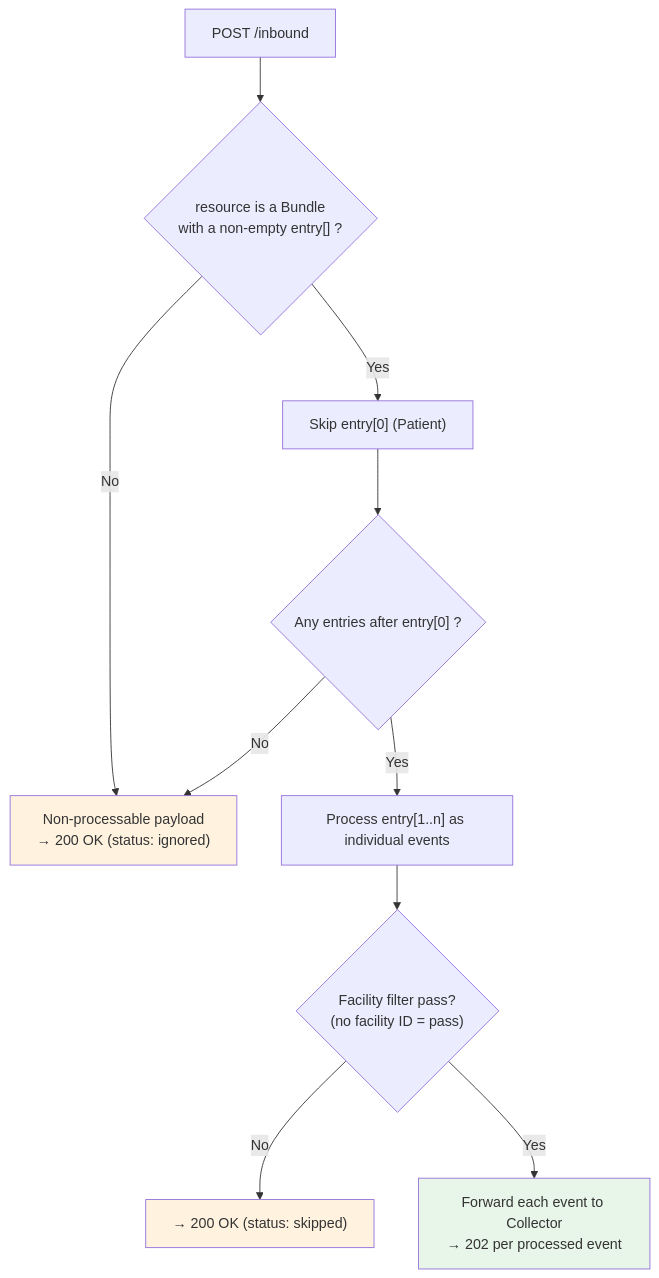
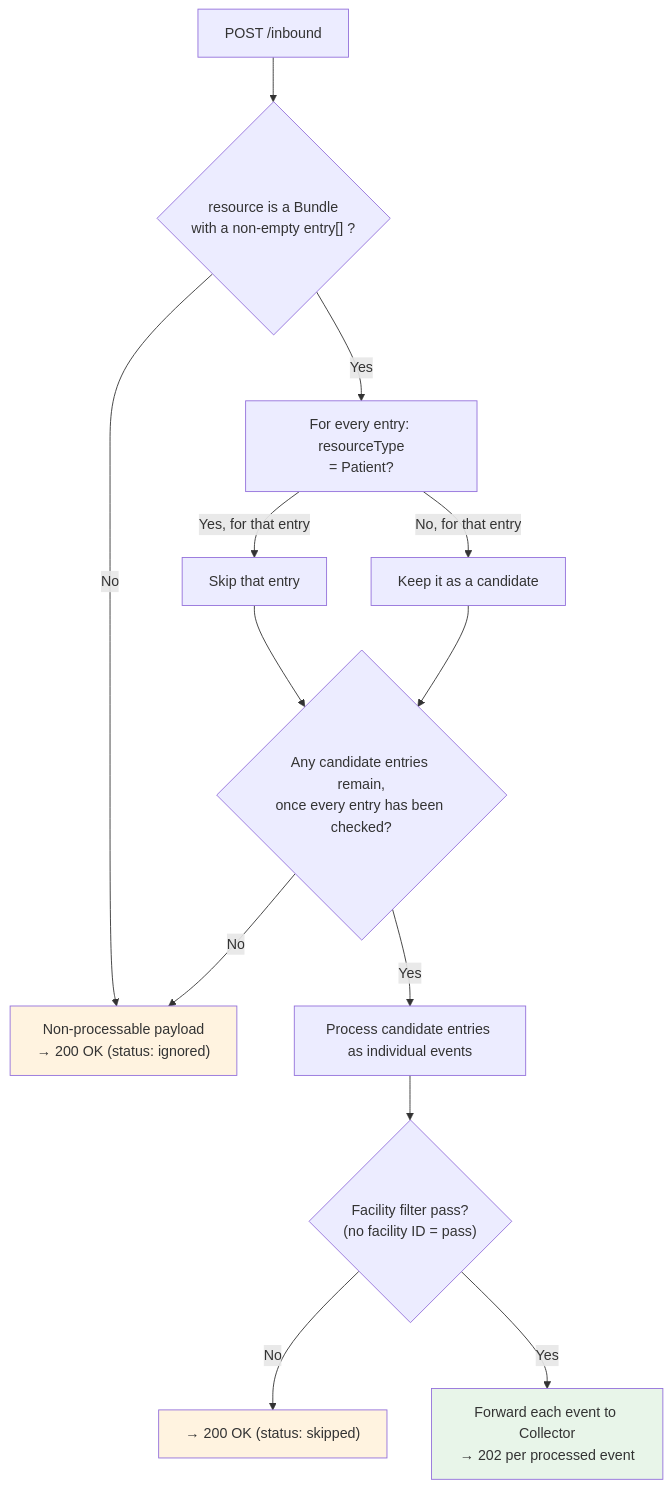
Before and after one commit to ishashankakkasali/tiberbu-cce-emitter-adaptor: the third of 7 diagrams in docs/flow-diagrams.md, drawn with Mermaid. The commit also changed other lines of this file and 11 other files, not shown here.

Commit message:
KE-6: Update FHIR Bundle Parsing & Entry Extraction  to ignore resourceType whose entr

````diff
--- a/docs/flow-diagrams.md
+++ b/docs/flow-diagrams.md
@@ -105,19 +105,22 @@
 ```mermaid
 flowchart TD
     A[POST /inbound] --> B{"resource is a Bundle<br/>with a non-empty entry[] ?"}
 
     B -->|No| J["Non-processable payload<br/>→ 200 OK (status: ignored)"]
-    B -->|Yes| C["Skip entry[0] (Patient)"]
+    B -->|Yes| C["For every entry: resourceType<br/>= Patient?"]
 
-    C --> C2{"Any entries after entry[0] ?"}
+    C -->|Yes, for that entry| C1[Skip that entry]
+    C -->|No, for that entry| C1b[Keep it as a candidate]
+    C1 --> C2{"Any candidate entries remain,<br/>once every entry has been checked?"}
+    C1b --> C2
     C2 -->|No| J
-    C2 -->|Yes| D["Process entry[1..n] as individual events"]
+    C2 -->|Yes| D["Process candidate entries as individual events"]
     D --> E{"Facility filter pass?<br/>(no facility ID = pass)"}
 
     E -->|No| S["→ 200 OK (status: skipped)"]
     E -->|Yes| F[Forward each event to Collector<br/>→ 202 per processed event]
 
     style F fill:#e8f5e9
     style S fill:#fff3e0
     style J fill:#fff3e0
 ```
````
